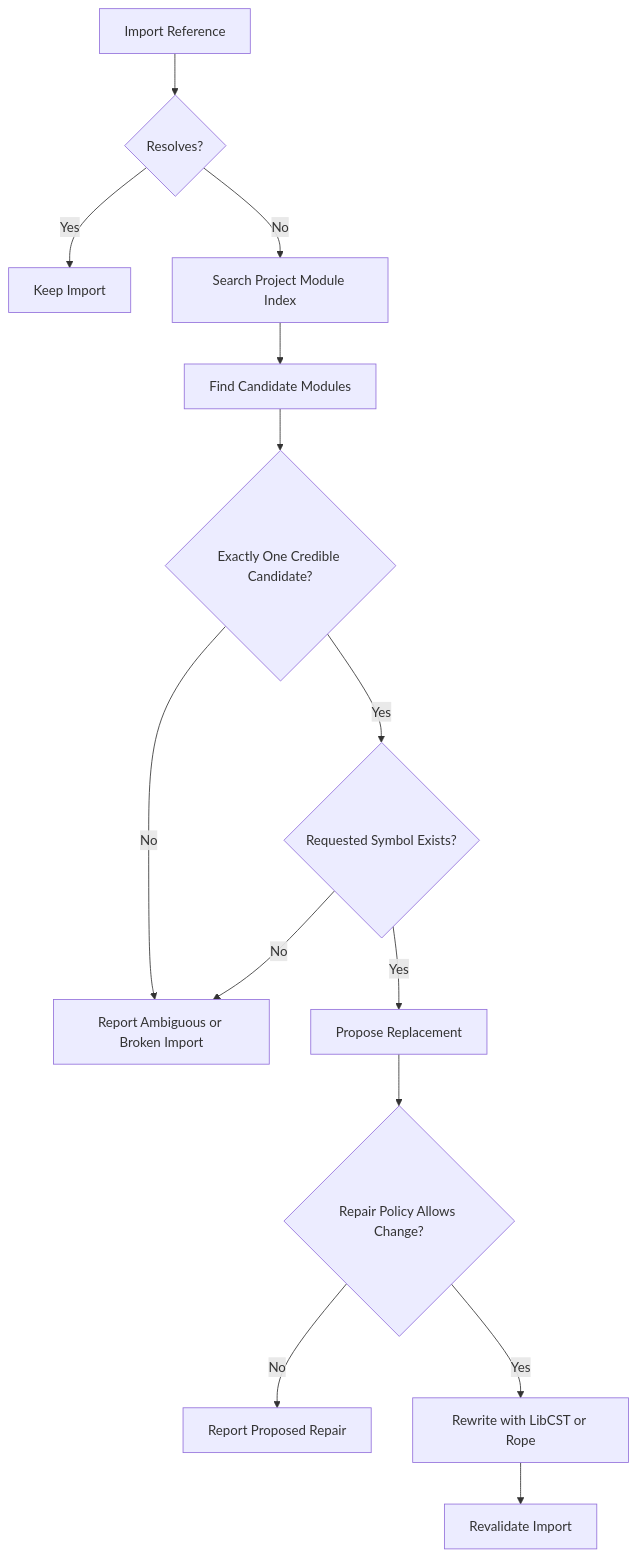
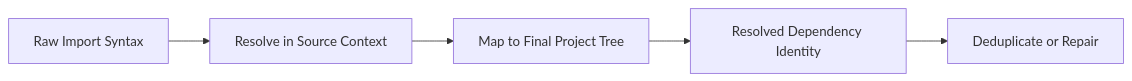
The fourth of 5 diagrams in AGENTS.md (rmackinnon/bightsplice), drawn with Mermaid before and after one commit. The commit also changed other lines of this file and 5 other files, not shown here.

````diff
--- a/AGENTS.md
+++ b/AGENTS.md
@@ -459,23 +226,7 @@
 ```mermaid
-flowchart TD
-    A[Import Reference] --> B{Resolves?}
-
-    B -->|Yes| C[Keep Import]
-    B -->|No| D[Search Project Module Index]
-
-    D --> E[Find Candidate Modules]
-    E --> F{Exactly One Credible Candidate?}
-
-    F -->|No| G[Report Ambiguous or Broken Import]
-    F -->|Yes| H{Requested Symbol Exists?}
-
-    H -->|No| G
-    H -->|Yes| I[Propose Replacement]
-
-    I --> J{Repair Policy Allows Change?}
-
-    J -->|No| K[Report Proposed Repair]
-    J -->|Yes| L[Rewrite with LibCST or Rope]
-
-    L --> M[Revalidate Import]
+flowchart LR
+    A[Raw Import Syntax] --> B[Resolve in Source Context]
+    B --> C[Map to Final Project Tree]
+    C --> D[Resolved Dependency Identity]
+    D --> E[Deduplicate or Repair]
 ```
````
